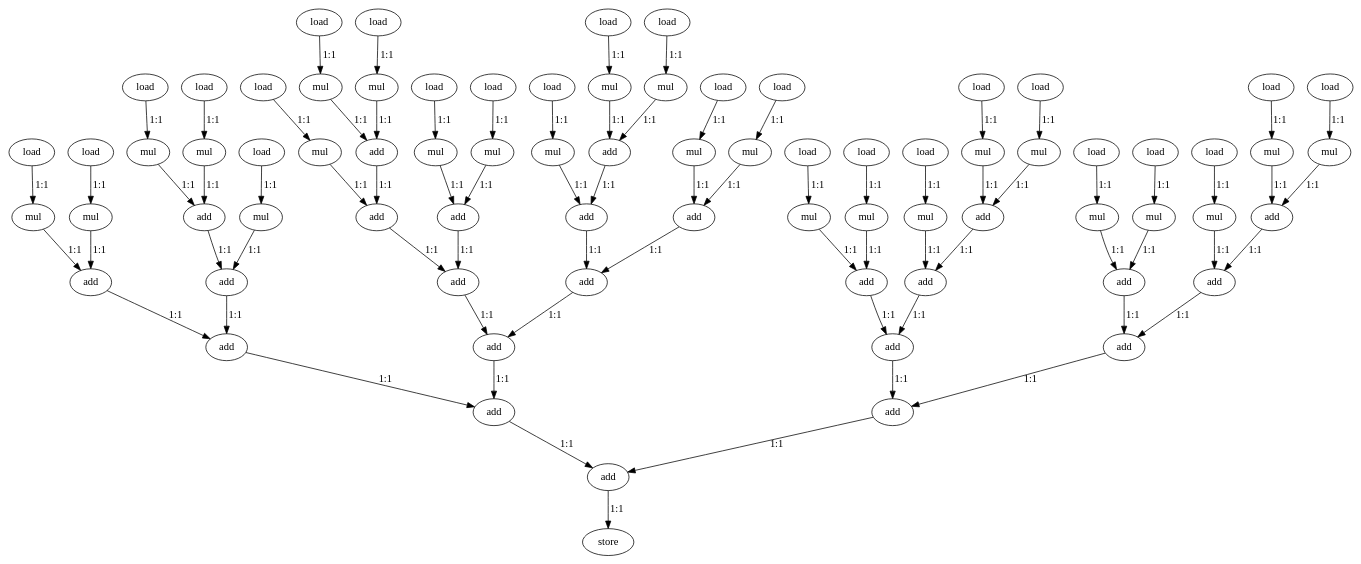
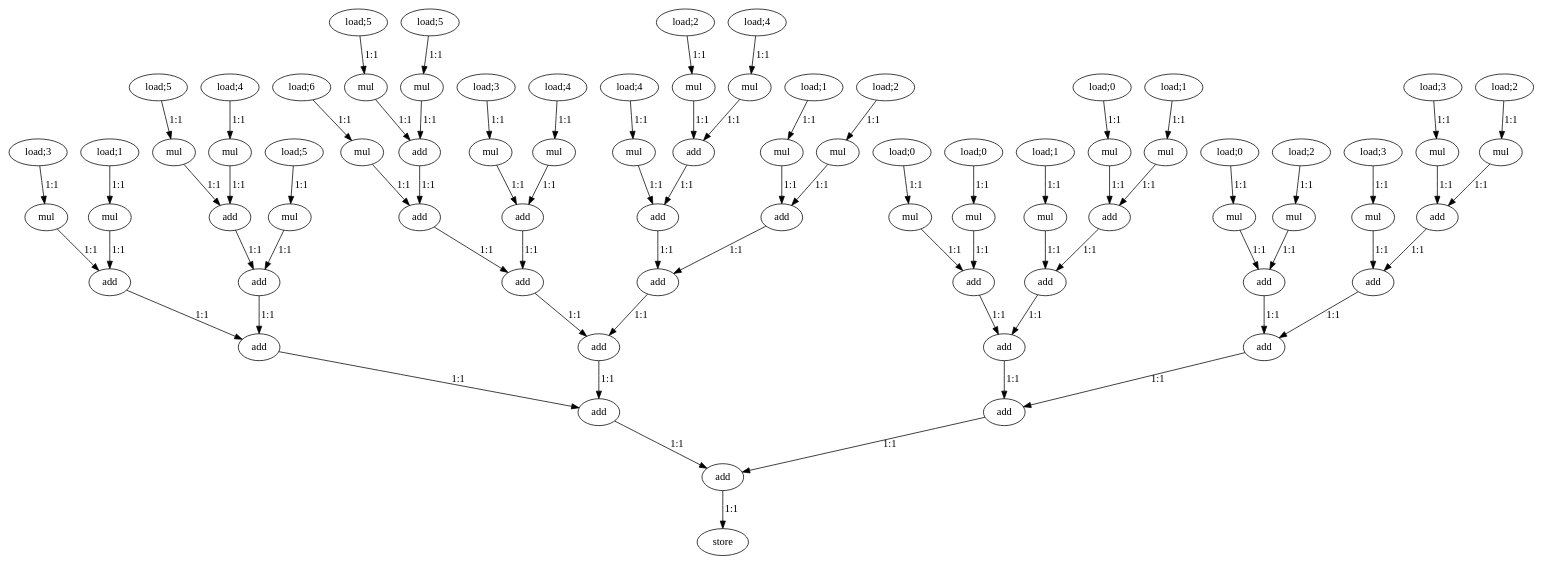
One commit to nikhilsambhus/DFGprop changed the diagram in large_dfgs/GaussianBlur.dot. Above: the diagram before and after it, drawn with Graphviz. The commit also changed 16 other files, not shown here.

```diff
--- a/large_dfgs/GaussianBlur.dot
+++ b/large_dfgs/GaussianBlur.dot
@@ -1,154 +1,154 @@
 digraph GaussianBlur {
 
-  0 [label="load"];
-  1 [label="load"];
-  2 [label="load"];
-  3 [label="load"];
-  4 [label="load"];
-  5 [label="load"];
-  6 [label="load"];
-  7 [label="load"];
-  8 [label="load"];
-  9 [label="load"];
-  10 [label="load"];
-  11 [label="load"];
-  12 [label="load"];
-  13 [label="load"];
-  14 [label="load"];
-  15 [label="load"];
-  16 [label="load"];
-  17 [label="load"];
-  18 [label="load"];
-  19 [label="load"];
-  20 [label="load"];
-  21 [label="load"];
-  22 [label="load"];
-  23 [label="load"];
-  24 [label="load"];
+  0 [label="load;0"];
+  1 [label="load;0"];
+  2 [label="load;0"];
+  3 [label="load;0"];
+  4 [label="load;1"];
+  5 [label="load;1"];
+  6 [label="load;1"];
+  7 [label="load;1"];
+  8 [label="load;2"];
+  9 [label="load;2"];
+  10 [label="load;2"];
+  11 [label="load;2"];
+  12 [label="load;3"];
+  13 [label="load;3"];
+  14 [label="load;3"];
+  15 [label="load;3"];
+  16 [label="load;4"];
+  17 [label="load;4"];
+  18 [label="load;4"];
+  19 [label="load;4"];
+  20 [label="load;5"];
+  21 [label="load;5"];
+  22 [label="load;5"];
+  23 [label="load;5"];
+  24 [label="load;6"];
   25 [label="mul"];
   26 [label="mul"];
   27 [label="mul"];
   28 [label="mul"];
   29 [label="mul"];
   30 [label="mul"];
   31 [label="mul"];
   32 [label="mul"];
   33 [label="mul"];
   34 [label="mul"];
   35 [label="mul"];
   36 [label="mul"];
   37 [label="mul"];
   38 [label="mul"];
   39 [label="mul"];
   40 [label="mul"];
   41 [label="mul"];
   42 [label="mul"];
   43 [label="mul"];
   44 [label="mul"];
   45 [label="mul"];
   46 [label="mul"];
   47 [label="mul"];
   48 [label="mul"];
   49 [label="mul"];
   50 [label="add"];
   51 [label="add"];
   52 [label="add"];
   53 [label="add"];
   54 [label="add"];
   55 [label="add"];
   56 [label="add"];
   57 [label="add"];
   58 [label="add"];
   59 [label="add"];
   60 [label="add"];
   61 [label="add"];
   62 [label="add"];
   63 [label="add"];
   64 [label="add"];
   65 [label="add"];
   66 [label="add"];
   67 [label="add"];
   68 [label="add"];
   69 [label="add"];
   70 [label="add"];
   71 [label="add"];
   72 [label="add"];
   73 [label="add"];
   74 [label="store"];
 
 
   0->25 [label="1:1"];
   1->26 [label="1:1"];
   2->27 [label="1:1"];
   3->28 [label="1:1"];
   4->29 [label="1:1"];
   5->30 [label="1:1"];
   6->31 [label="1:1"];
   7->32 [label="1:1"];
   8->33 [label="1:1"];
   9->34 [label="1:1"];
   10->35 [label="1:1"];
   11->36 [label="1:1"];
   12->37 [label="1:1"];
   13->38 [label="1:1"];
   14->39 [label="1:1"];
   15->40 [label="1:1"];
   16->41 [label="1:1"];
   17->42 [label="1:1"];
   18->43 [label="1:1"];
   19->44 [label="1:1"];
   20->45 [label="1:1"];
   21->46 [label="1:1"];
   22->47 [label="1:1"];
   23->48 [label="1:1"];
   24->49 [label="1:1"];
   25->50 [label="1:1"];
   26->50 [label="1:1"];
   27->51 [label="1:1"];
   28->52 [label="1:1"];
   29->53 [label="1:1"];
   30->51 [label="1:1"];
   31->60 [label="1:1"];
   32->54 [label="1:1"];
   33->52 [label="1:1"];
   34->55 [label="1:1"];
   35->53 [label="1:1"];
   36->56 [label="1:1"];
   37->57 [label="1:1"];
   38->55 [label="1:1"];
   39->61 [label="1:1"];
   40->54 [label="1:1"];
   41->58 [label="1:1"];
   42->56 [label="1:1"];
   43->62 [label="1:1"];
   44->57 [label="1:1"];
   45->59 [label="1:1"];
   46->58 [label="1:1"];
   47->63 [label="1:1"];
   48->59 [label="1:1"];
   49->64 [label="1:1"];
   50->65 [label="1:1"];
   51->60 [label="1:1"];
   52->66 [label="1:1"];
   53->67 [label="1:1"];
   54->68 [label="1:1"];
   55->61 [label="1:1"];
   56->62 [label="1:1"];
   57->69 [label="1:1"];
   58->63 [label="1:1"];
   59->64 [label="1:1"];
   60->65 [label="1:1"];
   61->66 [label="1:1"];
   62->67 [label="1:1"];
   63->68 [label="1:1"];
   64->69 [label="1:1"];
   65->70 [label="1:1"];
   66->70 [label="1:1"];
   67->71 [label="1:1"];
   68->72 [label="1:1"];
   69->71 [label="1:1"];
   70->73 [label="1:1"];
   71->72 [label="1:1"];
   72->73 [label="1:1"];
   73->74 [label="1:1"];
 }
```
